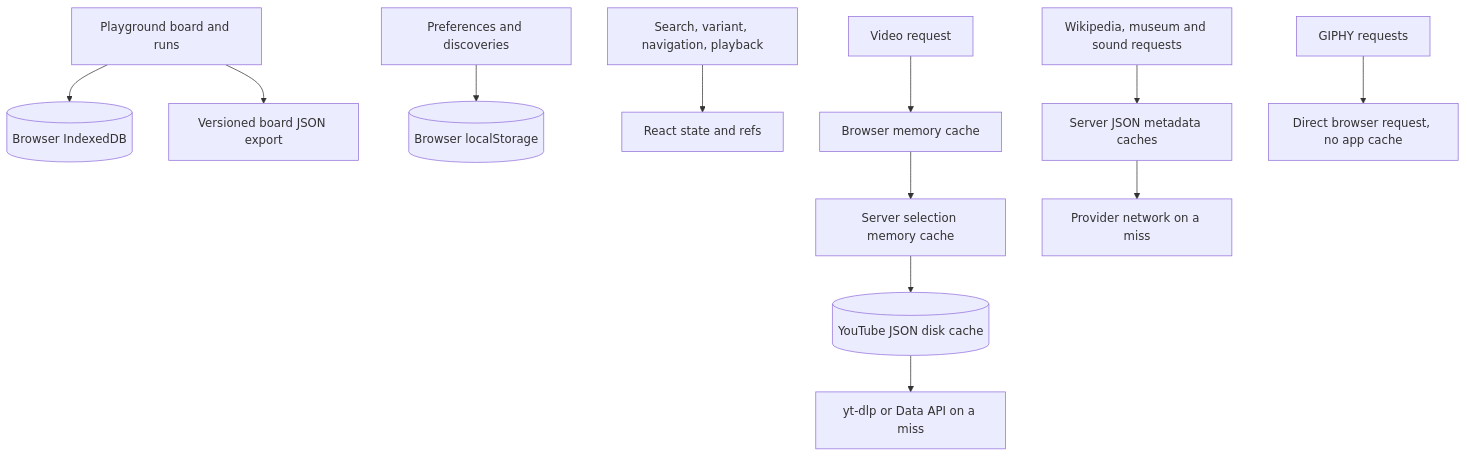
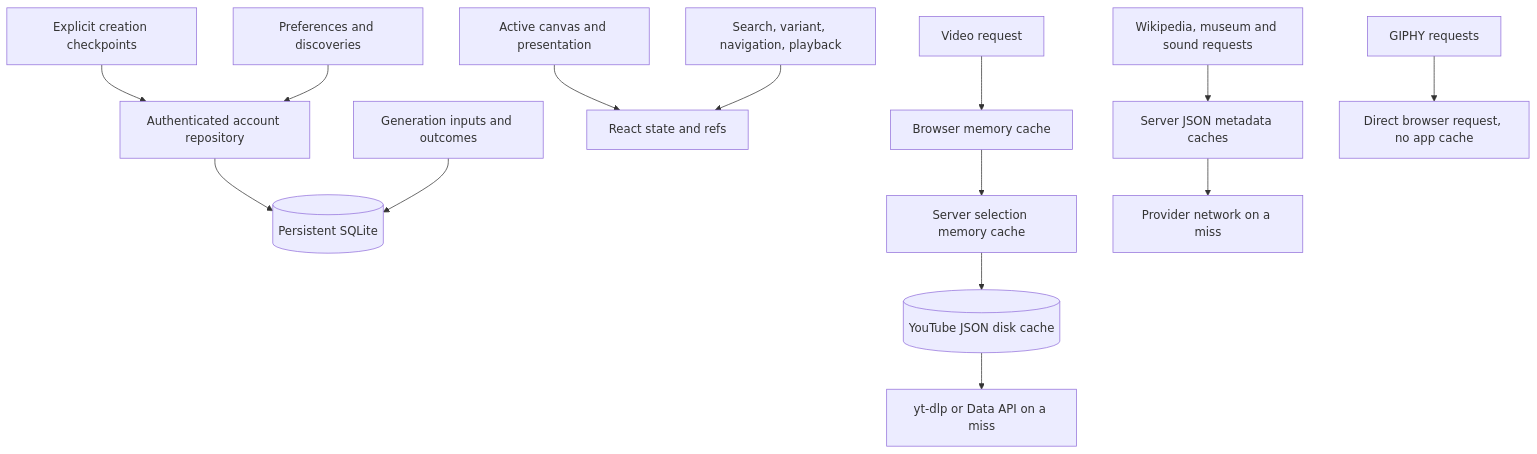
One commit to juandarr/emoji-dream-maker changed the fifth of 6 diagrams in docs/architecture-overview.md. Above: the diagram before and after it, drawn with Mermaid. The commit also changed other lines of this file and 74 other files, not shown here.

Commit message:
Add user accounts and persistent creation workspaces

````diff
--- a/docs/architecture-overview.md
+++ b/docs/architecture-overview.md
@@ -295,14 +312,16 @@
 ```mermaid
 flowchart TD
-  BOARD[Playground board and runs] --> IDB[(Browser IndexedDB)]
-  BOARD --> EXPORT[Versioned board JSON export]
-  PREF[Preferences and discoveries] --> LS[(Browser localStorage)]
+  BOARD[Explicit creation checkpoints] --> REPO[Authenticated account repository]
+  PREF[Preferences and discoveries] --> REPO
+  REPO --> DB[(Persistent SQLite)]
+  GEN[Generation inputs and outcomes] --> DB
+  ACTIVE[Active canvas and presentation] --> STATE[React state and refs]
   EDIT[Search, variant, navigation, playback] --> STATE[React state and refs]
   VIDEO[Video request] --> BC[Browser memory cache]
   BC --> SC[Server selection memory cache]
   SC --> DC[(YouTube JSON disk cache)]
   DC --> TRANSPORT[yt-dlp or Data API on a miss]
   OTHER[Wikipedia, museum and sound requests] --> MC[Server JSON metadata caches]
   MC --> NETWORK[Provider network on a miss]
   GIF[GIPHY requests] --> DIRECT[Direct browser request, no app cache]
 ```
````
